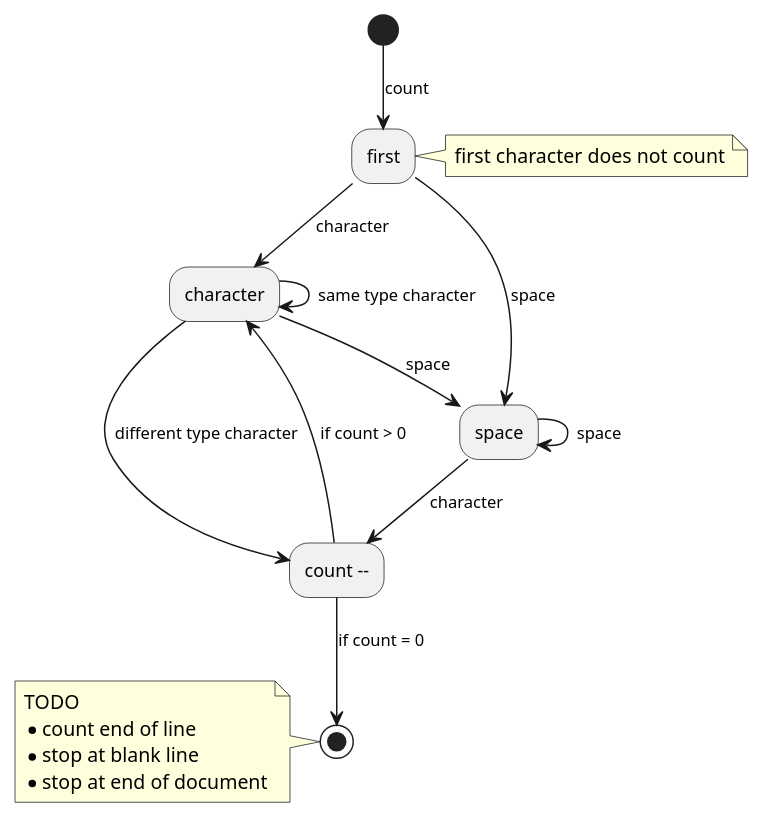
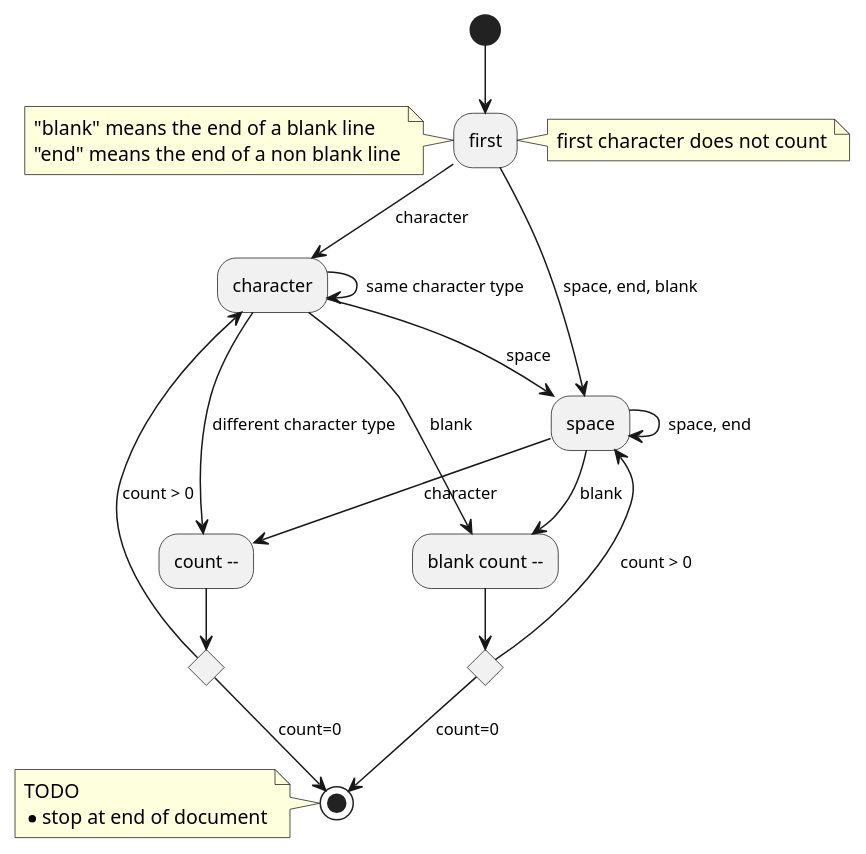
The diagram in src/motion/wordMorionStateModel/moveWord.plantuml (74th/vscode-vim), drawn with PlantUML before and after one commit. The commit also changed 1 other file, not shown here.

```diff
--- a/src/motion/wordMorionStateModel/moveWord.plantuml
+++ b/src/motion/wordMorionStateModel/moveWord.plantuml
@@ -1,19 +1,36 @@
 @startuml
-(*) --> [count] first
+(*) --> first
+
+note left
+"blank" means the end of a blank line
+"end" means the end of a non blank line
+end note
+
 note right: first character does not count
 first --> [character] character
-first --> [space] space
-character --> [same type character] character
+first --> [space, end, blank] space
+character --> [same character type] character
 character --> [space] space
-character -down-> [different type character] "count --"
-space -down-> [character] "count --"
-space -> [space] space
-"count --" -up-> [if count > 0 ] character
-"count --" --> [if count = 0 ] (*)
+character -down-> [different character type] "count --"
+
+if "" then
+--> [count=0] (*)
 note left
 TODO
-* count end of line
-* stop at blank line
 * stop at end of document
 end note
+else
+-up-> [count > 0]character
+end if
+
+character --> [blank] "blank count --"
+if "" then
+--> [count=0] (*)
+else
+-up-> [count > 0] space
+end if
+
+space -down-> [character] "count --"
+space -> [space, end] space
+space --> [blank] "blank count --"
 @enduml
```
